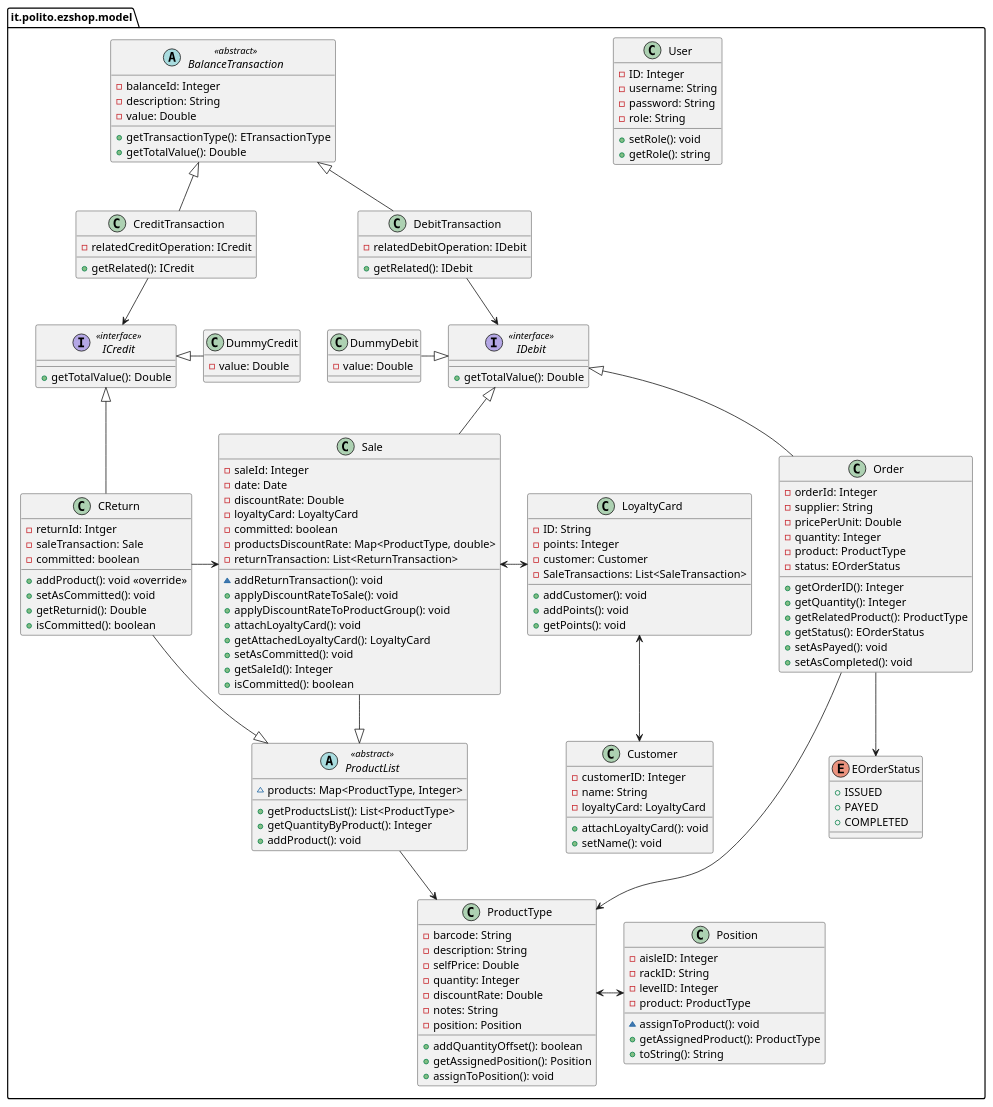
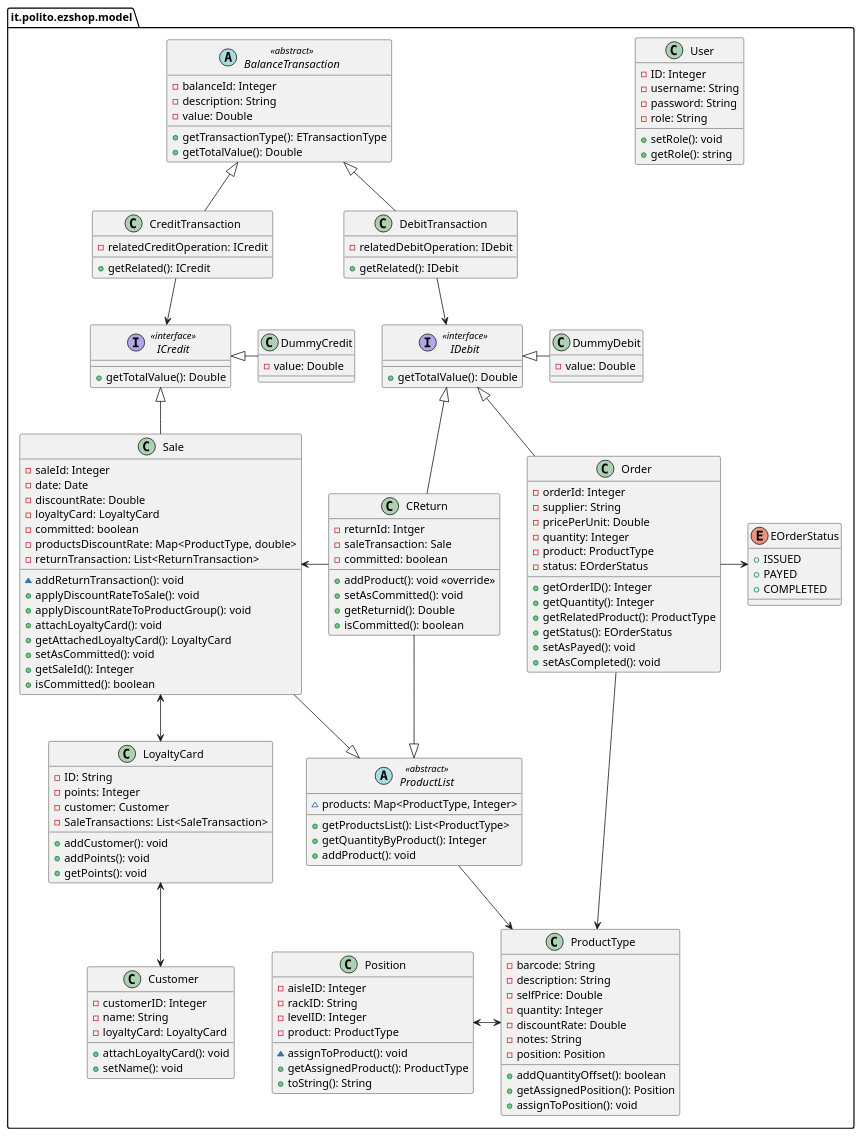
Before and after one commit to thegabriele97/EzShop: the third of 4 diagrams in Deliverables/DesignDocument.md, drawn with PlantUML.

Commit message:
docs: DesignDocument, updated class diagram

```diff
--- a/Deliverables/DesignDocument.md
+++ b/Deliverables/DesignDocument.md
@@ -313,11 +313,11 @@
         -value: Double
     }
 
-    ProductType <-right-> Position
+    ProductType <-left-> Position
     Sale <-right- CReturn
 
-    LoyaltyCard <--> Customer
-    Sale <-left-> LoyaltyCard
+    LoyaltyCard <-down-> Customer
+    Sale <-down-> LoyaltyCard
 
     'BalanceTransaction <|-- SaleTransaction
     'BalanceTransaction <|-- ReturnTransaction
@@ -330,17 +330,17 @@
 
     'CReturn <-up- ReturnTransaction 
 
-    Order --> EOrderStatus
+    Order -right-> EOrderStatus
 
     ProductList <|-up- Sale
     ProductList <|-up- CReturn
     ProductList --> ProductType
 
-    Sale -up-|> IDebit
+    Sale -up-|> ICredit
     Order -up-|> IDebit
-    CReturn -up-|> ICredit
+    CReturn -up-|> IDebit
     DummyCredit -left-|> ICredit
-    DummyDebit -right-|> IDebit
+    DummyDebit -left-|> IDebit
 
     BalanceTransaction <|-- CreditTransaction
     BalanceTransaction <|-- DebitTransaction
```
